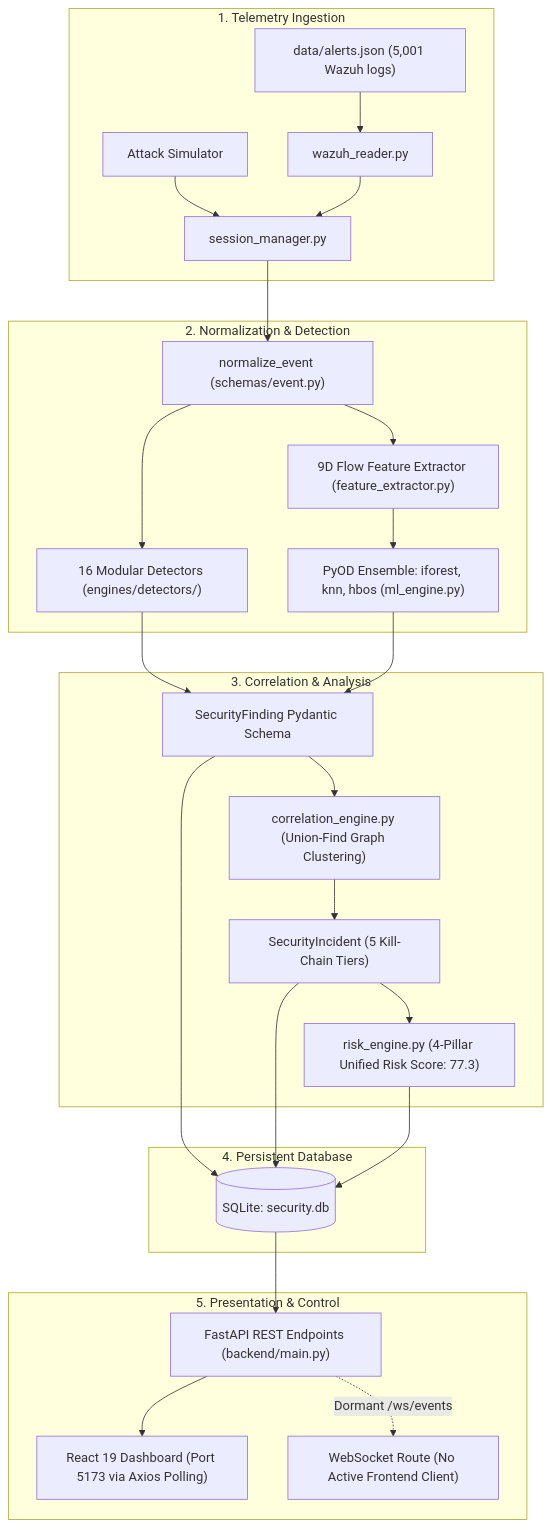
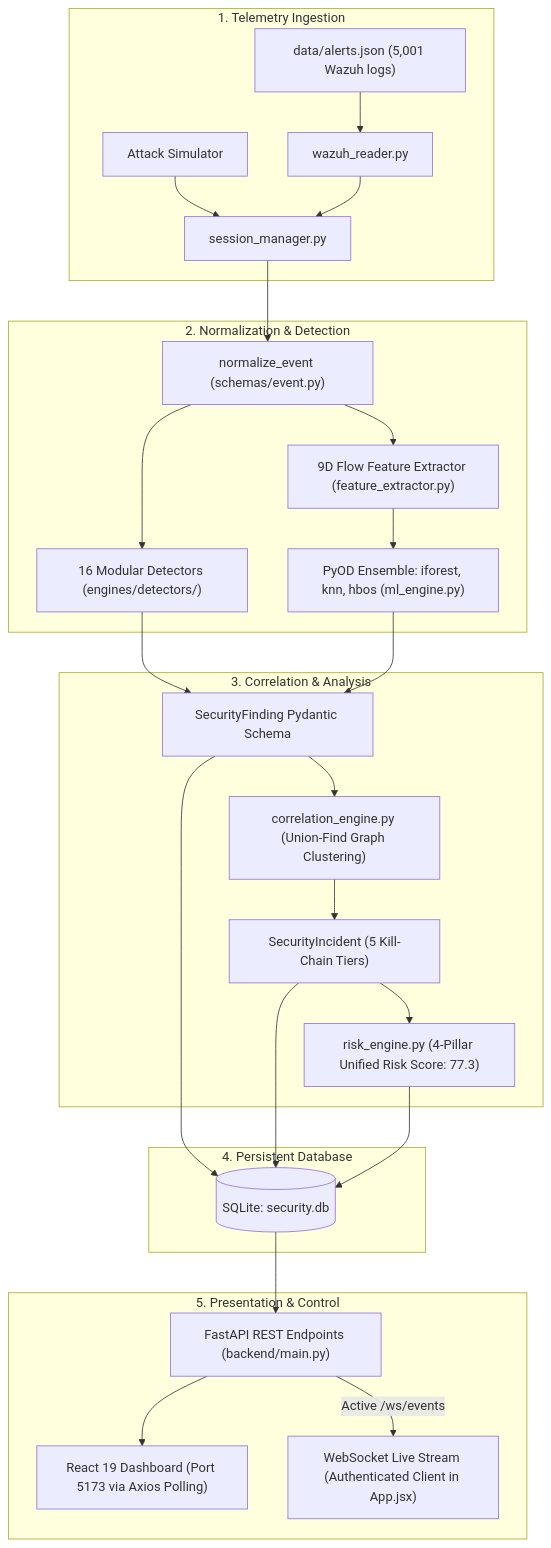
The diagram in docs/PROJECT_BASELINE.md (Hemantkumar-Lakhane/Industry-project-AI-driven-Cloud-monitoring-platform), drawn with Mermaid before and after one commit. The commit also changed other lines of this file and 3 other files, not shown here.

Commit message:
docs: remove outdated docs, update architecture, features, and detector specs across README and baseline

````diff
--- a/docs/PROJECT_BASELINE.md
+++ b/docs/PROJECT_BASELINE.md
@@ -32,35 +32,35 @@
 ```mermaid
 graph TD
     subgraph Ingestion["1. Telemetry Ingestion"]
         W["data/alerts.json (5,001 Wazuh logs)"] --> R["wazuh_reader.py"]
         S["Attack Simulator"] --> SM["session_manager.py"]
         R --> SM
     end
 
     subgraph Processing["2. Normalization & Detection"]
         SM --> N["normalize_event (schemas/event.py)"]
         N --> D["16 Modular Detectors (engines/detectors/)"]
         N --> FE["9D Flow Feature Extractor (feature_extractor.py)"]
         FE --> ML["PyOD Ensemble: iforest, knn, hbos (ml_engine.py)"]
     end
 
     subgraph Correlation["3. Correlation & Analysis"]
         D --> F["SecurityFinding Pydantic Schema"]
         ML --> F
         F --> CE["correlation_engine.py (Union-Find Graph Clustering)"]
         CE --> INC["SecurityIncident (5 Kill-Chain Tiers)"]
         INC --> RE["risk_engine.py (4-Pillar Unified Risk Score: 77.3)"]
     end
 
     subgraph Storage["4. Persistent Database"]
         F --> DB[("SQLite: security.db")]
         INC --> DB
         RE --> DB
     end
 
     subgraph Presentation["5. Presentation & Control"]
         DB --> API["FastAPI REST Endpoints (backend/main.py)"]
         API --> UI["React 19 Dashboard (Port 5173 via Axios Polling)"]
-        API -.->|Dormant /ws/events| WS["WebSocket Route (No Active Frontend Client)"]
+        API -->|Active /ws/events| WS["WebSocket Live Stream (Authenticated Client in App.jsx)"]
     end
 ```
````
